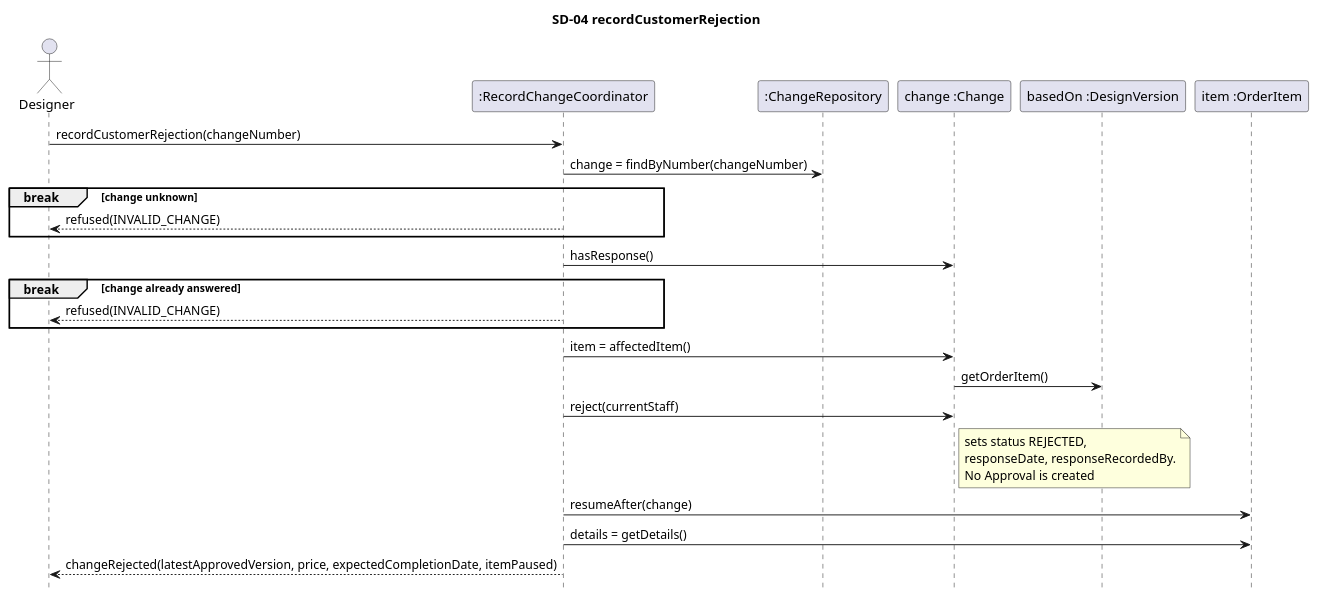
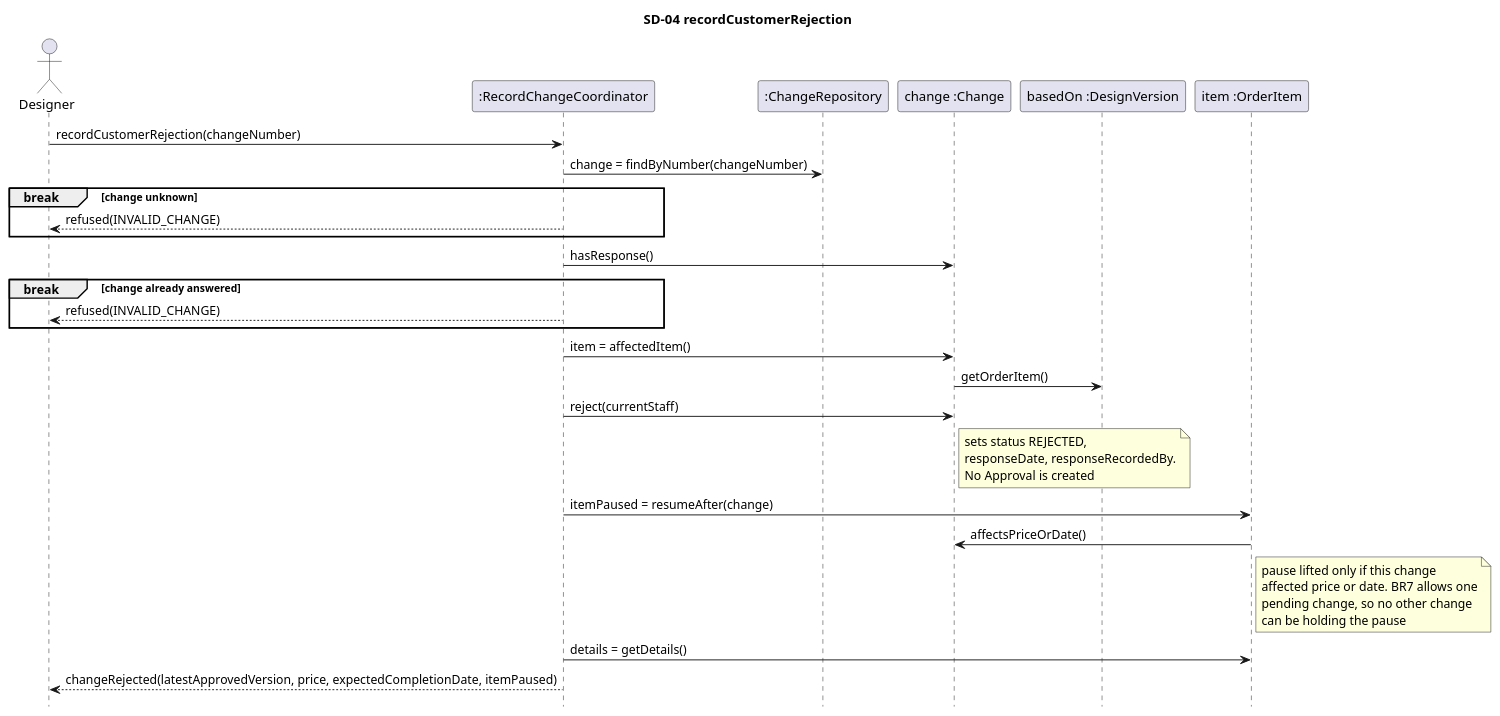
Before and after one commit to Ahmad-1031/OOAD_CA2: the fourth of 4 diagrams in sd-uc6-record-change.puml, drawn with PlantUML. The commit also changed other lines of this file and 7 other files, not shown here.

```diff
--- a/sd-uc6-record-change.puml
+++ b/sd-uc6-record-change.puml
@@ -127,30 +129,32 @@
 @startuml SD-04-record-customer-rejection
 hide footbox
 title SD-04 recordCustomerRejection
 
 actor Designer
 participant ":RecordChangeCoordinator" as C
 participant ":ChangeRepository" as CR
 participant "change :Change" as CH
 participant "basedOn :DesignVersion" as V
 participant "item :OrderItem" as I
 
 Designer -> C : recordCustomerRejection(changeNumber)
 C -> CR : change = findByNumber(changeNumber)
 break change unknown
   C --> Designer : refused(INVALID_CHANGE)
 end
 C -> CH : hasResponse()
 break change already answered
   C --> Designer : refused(INVALID_CHANGE)
 end
 
 C -> CH : item = affectedItem()
 CH -> V : getOrderItem()
 C -> CH : reject(currentStaff)
 note right of CH : sets status REJECTED,\nresponseDate, responseRecordedBy.\nNo Approval is created
 
-C -> I : resumeAfter(change)
+C -> I : itemPaused = resumeAfter(change)
+I -> CH : affectsPriceOrDate()
+note right of I : pause lifted only if this change\naffected price or date. BR7 allows one\npending change, so no other change\ncan be holding the pause
 C -> I : details = getDetails()
 C --> Designer : changeRejected(latestApprovedVersion, price, expectedCompletionDate, itemPaused)
 @enduml
```
